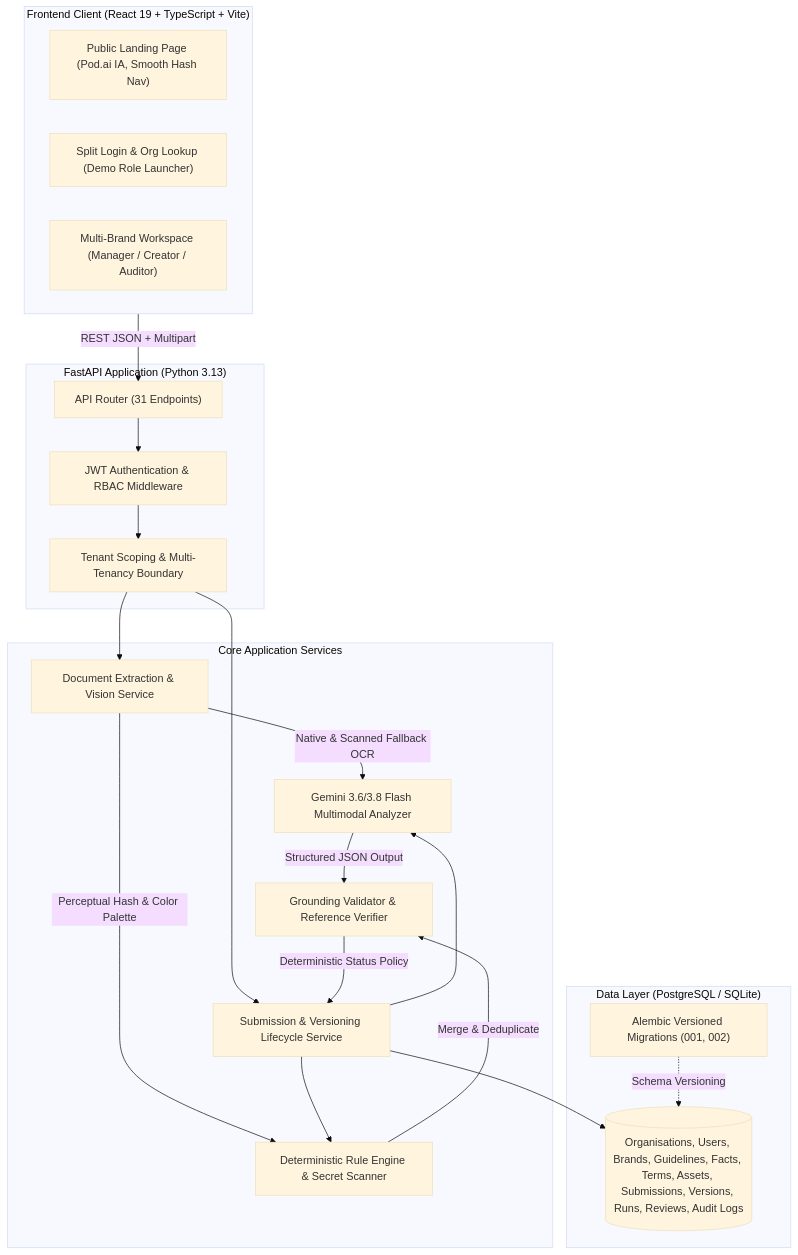
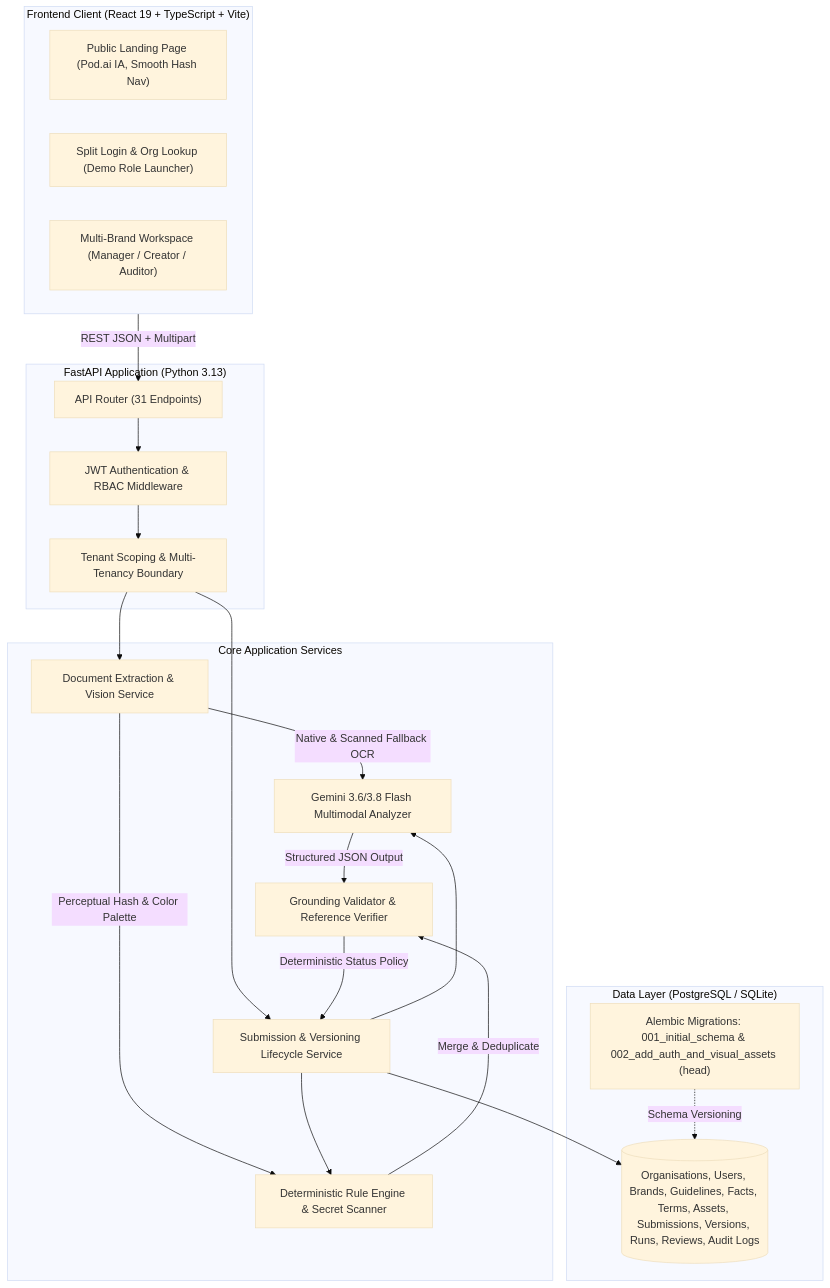
The diagram in README.md (shatakshi-rawat-130613/inkloom-ai), drawn with Mermaid (base theme) before and after one commit. The commit also changed other lines of this file, not shown here.

````diff
--- a/README.md
+++ b/README.md
@@ -92,46 +94,46 @@
 ```mermaid
 flowchart TD
     subgraph Client["Frontend Client (React 19 + TypeScript + Vite)"]
         Landing["Public Landing Page (Pod.ai IA, Smooth Hash Nav)"]
         AuthUI["Split Login & Org Lookup (Demo Role Launcher)"]
         Workspace["Multi-Brand Workspace (Manager / Creator / Auditor)"]
     end
 
     subgraph Gateway["FastAPI Application (Python 3.13)"]
         Router["API Router (31 Endpoints)"]
         AuthMW["JWT Authentication & RBAC Middleware"]
         TenantISO["Tenant Scoping & Multi-Tenancy Boundary"]
     end
 
     subgraph Services["Core Application Services"]
         DocExtract["Document Extraction & Vision Service"]
         RuleEngine["Deterministic Rule Engine & Secret Scanner"]
         GeminiService["Gemini 3.6/3.8 Flash Multimodal Analyzer"]
         Grounding["Grounding Validator & Reference Verifier"]
         Workflow["Submission & Versioning Lifecycle Service"]
     end
 
     subgraph DataStore["Data Layer (PostgreSQL / SQLite)"]
-        Alembic["Alembic Versioned Migrations (001, 002)"]
+        Alembic["Alembic Migrations: 001_initial_schema & 002_add_auth_and_visual_assets (head)"]
         Tables[("Organisations, Users, Brands, Guidelines, Facts, Terms, Assets, Submissions, Versions, Runs, Reviews, Audit Logs")]
     end
 
     Client -->|REST JSON + Multipart| Router
     Router --> AuthMW
     AuthMW --> TenantISO
     TenantISO --> DocExtract
     TenantISO --> Workflow
 
     DocExtract -->|Native & Scanned Fallback OCR| GeminiService
     DocExtract -->|Perceptual Hash & Color Palette| RuleEngine
 
     Workflow --> RuleEngine
     Workflow --> GeminiService
 
     RuleEngine -->|Merge & Deduplicate| Grounding
     GeminiService -->|Structured JSON Output| Grounding
 
     Grounding -->|Deterministic Status Policy| Workflow
     Workflow --> Tables
     Alembic -.->|Schema Versioning| Tables
 ```
````
